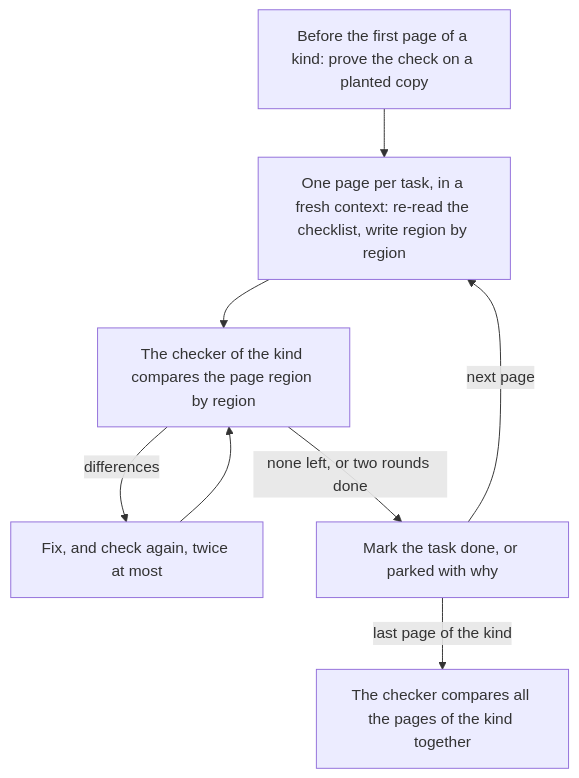
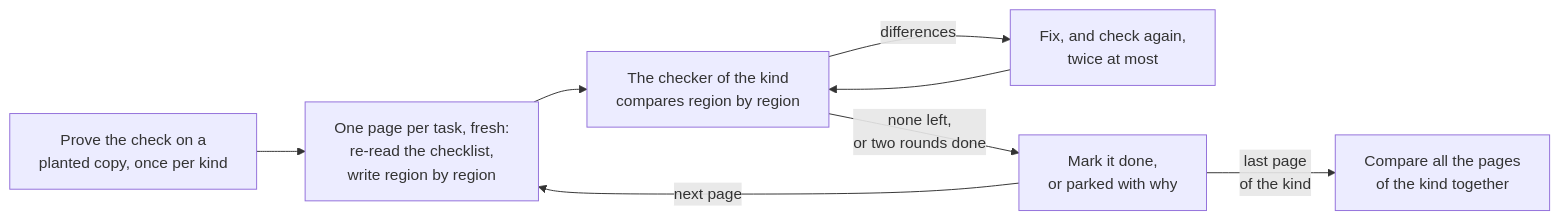
One commit to kamenkurtev/ui-consistency changed the sixth of 7 diagrams in docs/how-it-works.md. Above: the diagram before and after it, drawn with Mermaid. The commit also changed other lines of this file, not shown here.

Commit message:
Lay the diagrams out left to right, so each fits one screen (#466)

````diff
--- a/docs/how-it-works.md
+++ b/docs/how-it-works.md
@@ -145,11 +146,11 @@
 ```mermaid
-flowchart TB
-  P["Before the first page of a kind: prove the check on a planted copy"]
-  P --> W["One page per task, in a fresh context: re-read the checklist, write region by region"]
-  W --> C["The checker of the kind compares the page region by region"]
-  C -->|"differences"| F["Fix, and check again, twice at most"]
+flowchart LR
+  P["Prove the check on a<br>planted copy, once per kind"]
+  P --> W["One page per task, fresh:<br>re-read the checklist,<br>write region by region"]
+  W --> C["The checker of the kind<br>compares region by region"]
+  C -->|"differences"| F["Fix, and check again,<br>twice at most"]
   F --> C
-  C -->|"none left, or two rounds done"| M["Mark the task done, or parked with why"]
+  C -->|"none left,<br>or two rounds done"| M["Mark it done,<br>or parked with why"]
   M -->|"next page"| W
-  M -->|"last page of the kind"| S["The checker compares all the pages of the kind together"]
+  M -->|"last page<br>of the kind"| S["Compare all the pages<br>of the kind together"]
 ```
````
